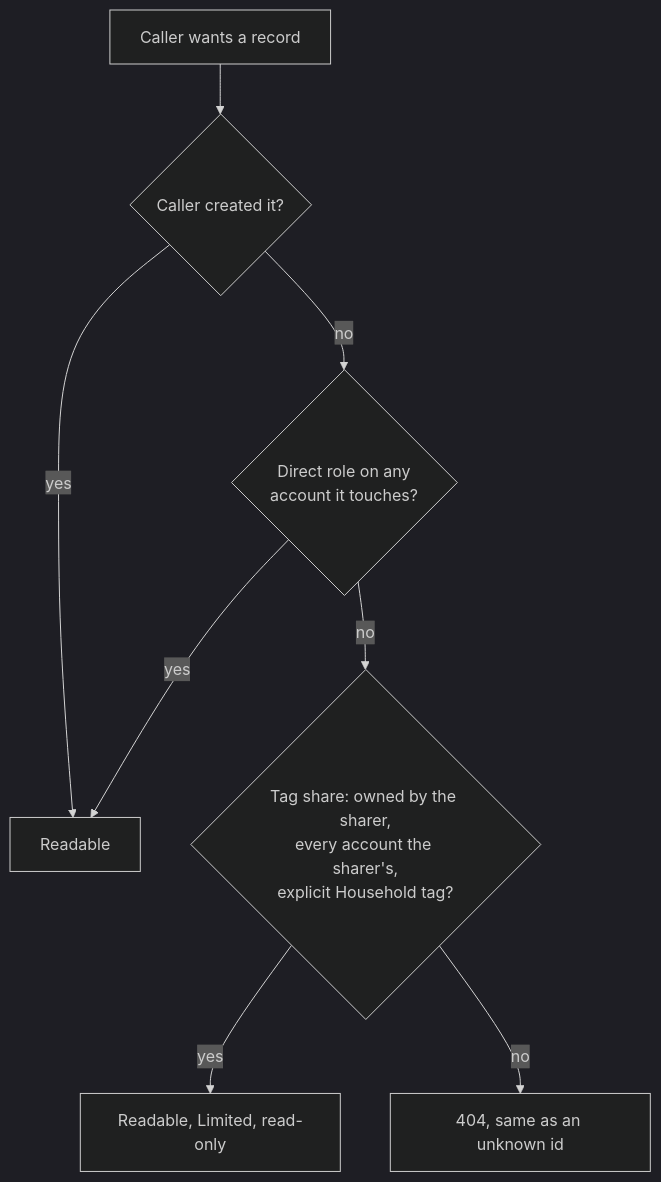
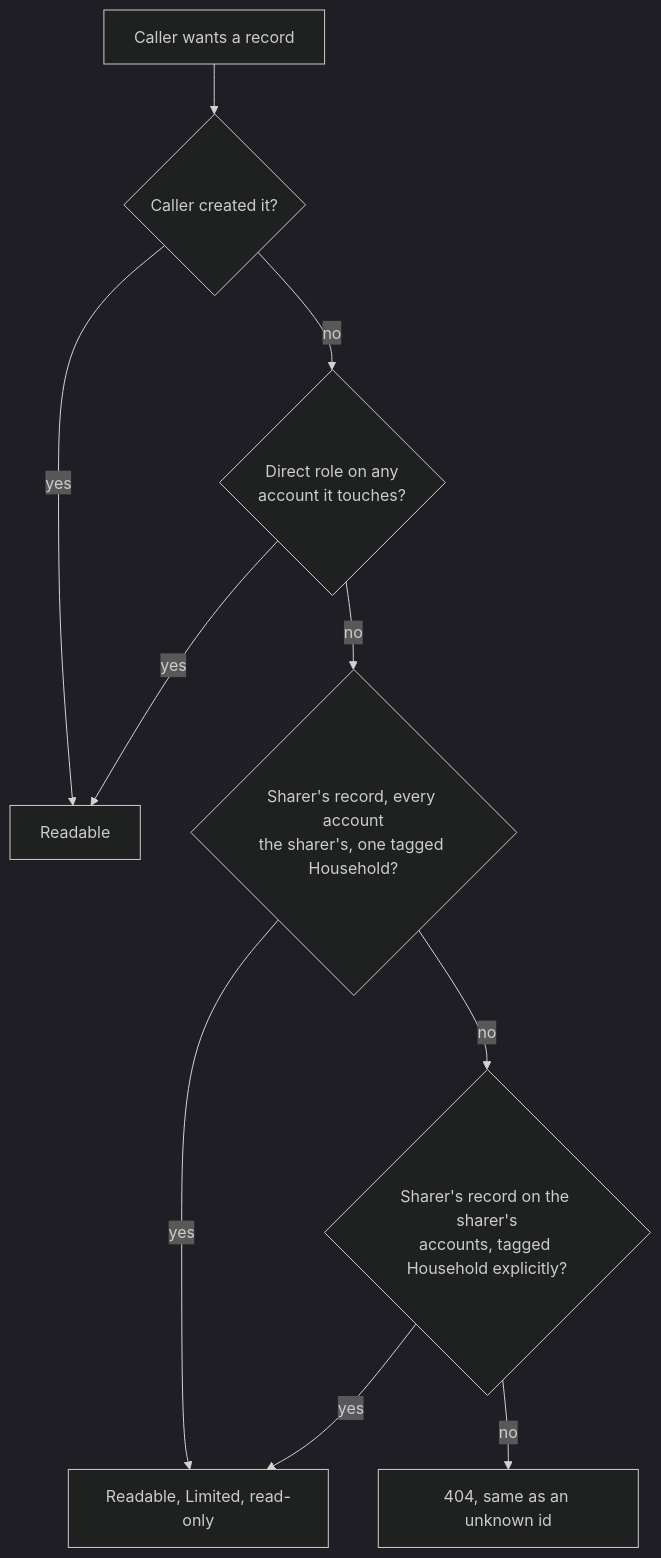
The third of 4 diagrams in content/blog/tallyandtrace-rework.mdx (StudioSC-dev/studiosc-portfolio), drawn with Mermaid (dark theme) before and after one commit. The commit also changed other lines of this file, not shown here.

````diff
--- a/content/blog/tallyandtrace-rework.mdx
+++ b/content/blog/tallyandtrace-rework.mdx
@@ -160,10 +166,12 @@
 ```mermaid
 flowchart TD
     Q["Caller wants a record"] --> A{"Caller created it?"}
     A -- yes --> OK["Readable"]
     A -- no --> B{"Direct role on any<br/>account it touches?"}
     B -- yes --> OK
-    B -- no --> C{"Tag share: owned by the sharer,<br/>every account the sharer's,<br/>explicit Household tag?"}
+    B -- no --> C{"Sharer's record, every account<br/>the sharer's, one tagged Household?"}
     C -- yes --> LIM["Readable, Limited, read-only"]
-    C -- no --> NF["404, same as an unknown id"]
+    C -- no --> D{"Sharer's record on the sharer's<br/>accounts, tagged Household explicitly?"}
+    D -- yes --> LIM
+    D -- no --> NF["404, same as an unknown id"]
 ```
````
